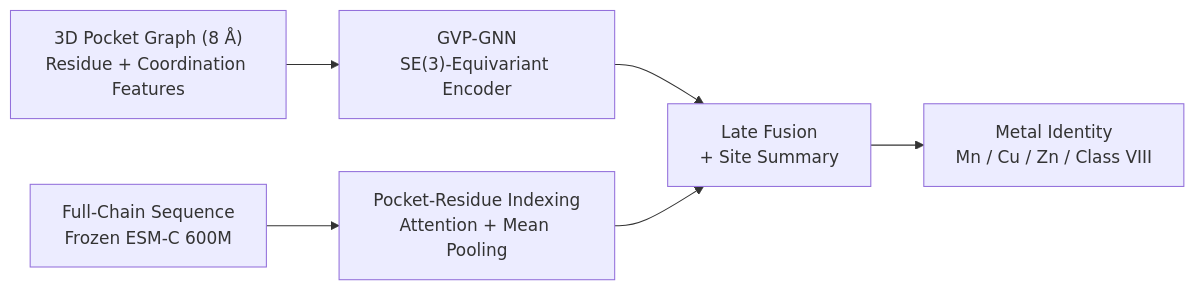
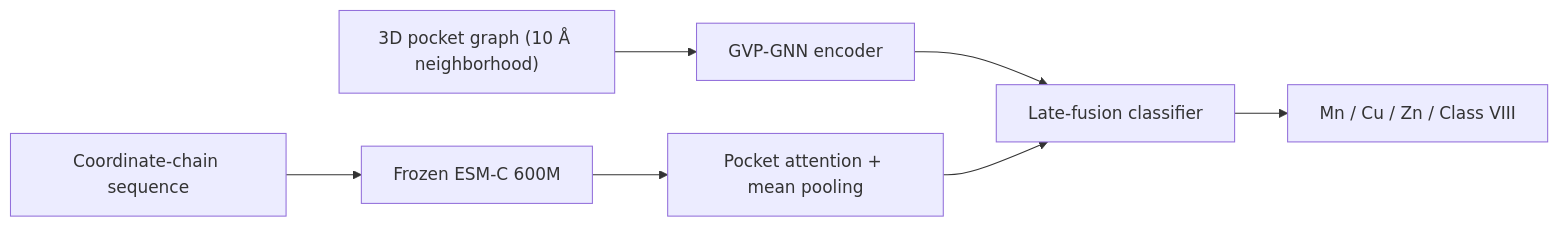
One commit to MECHTI1/DeepMzyme changed the diagram in README.md. Above: the diagram before and after it, drawn with Mermaid. The commit also changed other lines of this file and 1 other file, not shown here.

Commit message:
docs: clarify public model results and correct pocket geometry

````diff
--- a/README.md
+++ b/README.md
@@ -17,8 +19,9 @@
 ```mermaid
 flowchart LR
-    Pocket["3D Pocket Graph (8 Å)<br/>Residue + Coordination Features"] --> GVP["GVP-GNN<br/>SE(3)-Equivariant Encoder"]
-    Seq["Full-Chain Sequence<br/>Frozen ESM-C 600M"] --> Pool["Pocket-Residue Indexing<br/>Attention + Mean Pooling"]
-    GVP --> Fusion["Late Fusion<br/>+ Site Summary"]
+    Pocket["3D pocket graph (10 Å neighborhood)"] --> GVP["GVP-GNN encoder"]
+    Seq["Coordinate-chain sequence"] --> ESM["Frozen ESM-C 600M"]
+    ESM --> Pool["Pocket attention + mean pooling"]
+    GVP --> Fusion["Late-fusion classifier"]
     Pool --> Fusion
-    Fusion --> Metal["Metal Identity<br/>Mn / Cu / Zn / Class VIII"]
+    Fusion --> Metal["Mn / Cu / Zn / Class VIII"]
 ```
````
